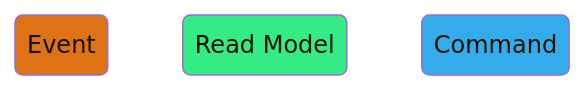
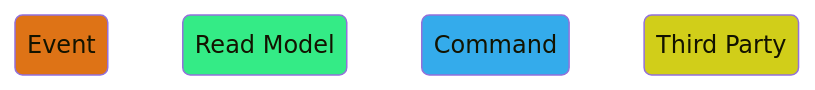
The second of 6 diagrams in chapters/chapter08.md (boostercloud/workflows-framework), drawn with Mermaid before and after one commit. The commit also changed other lines of this file and 1 other file, not shown here.

````diff
--- a/chapters/chapter08.md
+++ b/chapters/chapter08.md
@@ -114,14 +62,17 @@
 ```mermaid
 stateDiagram-v2
 	state "Event" as eventBox
 	state "Read Model" as emBox
 	state "Command" as cmdBox
+	state "Third Party" as tpBox
 
 	classDef event fill:#de7316
 	classDef readModel fill:#34eb86
 	classDef command fill:#34abeb
+	classDef thirdParty fill:#d1ce19
 
 	class eventBox event
 	class emBox readModel
 	class cmdBox command
+	class tpBox thirdParty
 ```
````
